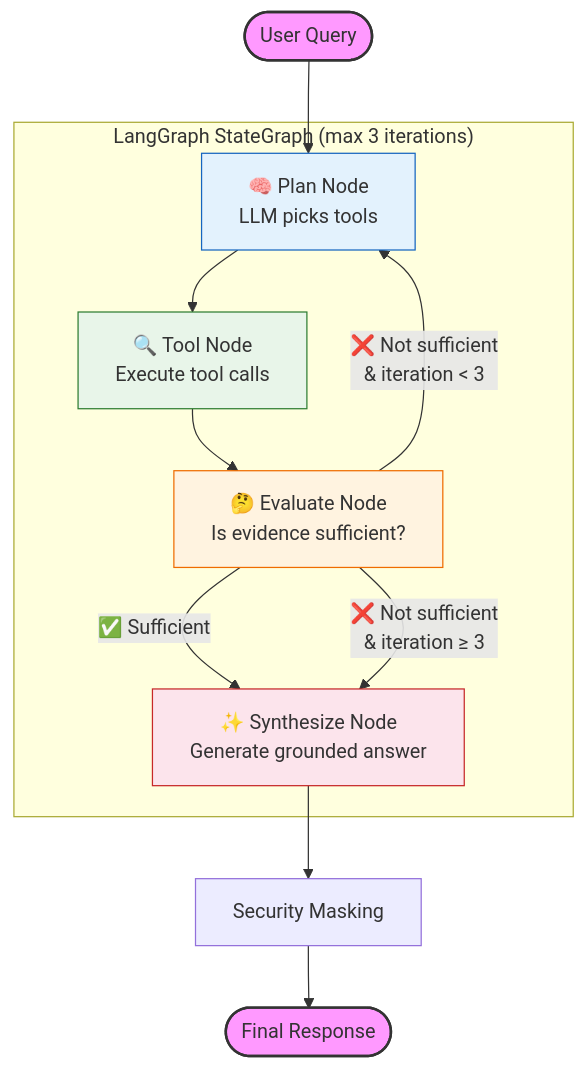
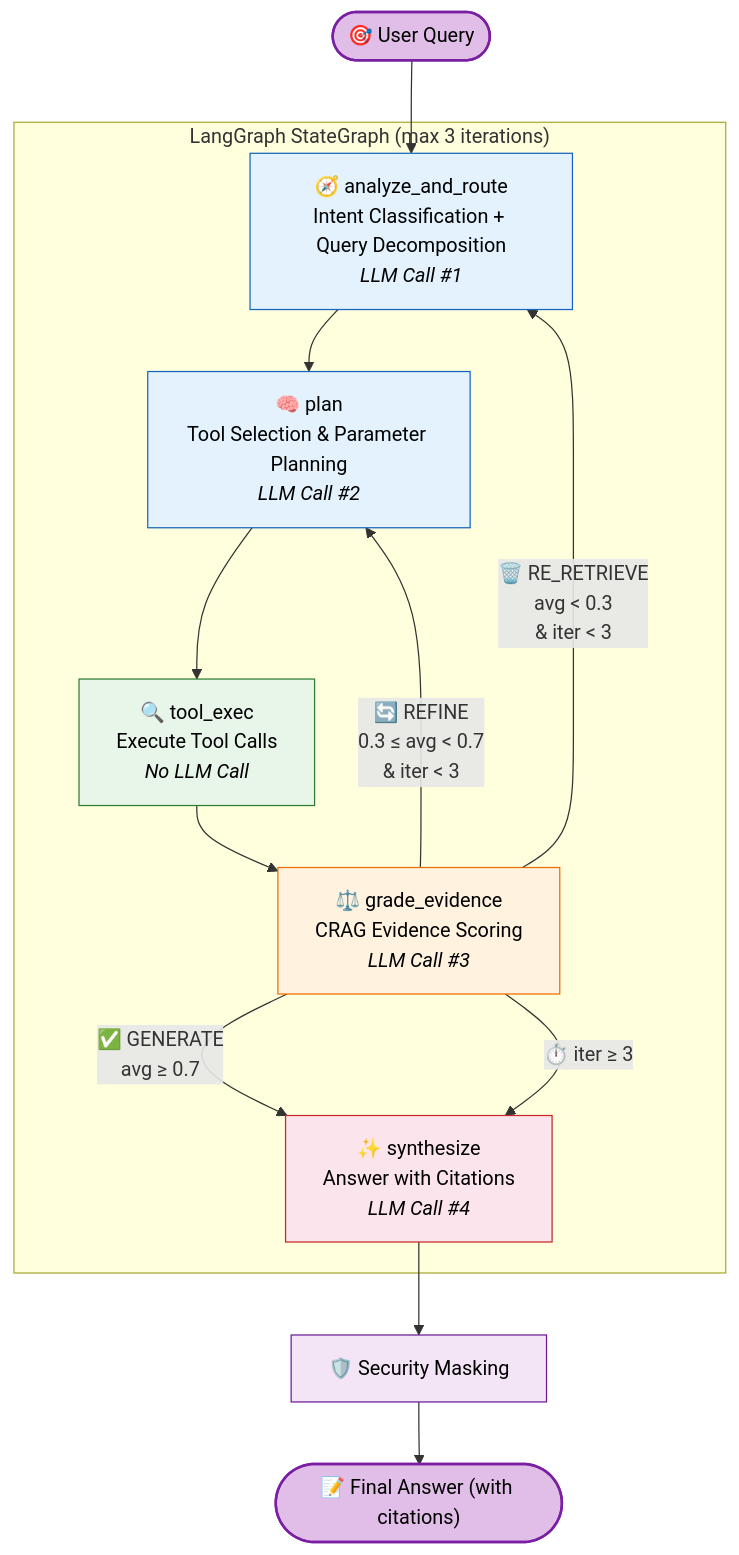
Before and after one commit to coin1860/kb-agent: the diagram in README.md, drawn with Mermaid. The commit also changed other lines of this file and 150 other files, not shown here.

Commit message:
feat: simplify routing flow and relax synthesis rules

````diff
--- a/README.md
+++ b/README.md
@@ -68,22 +77,32 @@
 ```mermaid
 graph TD
-    Start([User Query]) --> Plan
+    Start(["🎯 User Query"]) --> Analyze
 
     subgraph "LangGraph StateGraph (max 3 iterations)"
-        Plan["🧠 Plan Node<br/>LLM picks tools"] --> ToolExec["🔍 Tool Node<br/>Execute tool calls"]
-        ToolExec --> Evaluate["🤔 Evaluate Node<br/>Is evidence sufficient?"]
-        Evaluate -->|"✅ Sufficient"| Synthesize["✨ Synthesize Node<br/>Generate grounded answer"]
-        Evaluate -->|"❌ Not sufficient<br/>& iteration < 3"| Plan
-        Evaluate -->|"❌ Not sufficient<br/>& iteration ≥ 3"| Synthesize
+        Analyze["🧭 analyze_and_route<br/>Intent Classification + Query Decomposition<br/><i>LLM Call #1</i>"]
+        Plan["🧠 plan<br/>Tool Selection & Parameter Planning<br/><i>LLM Call #2</i>"]
+        ToolExec["🔍 tool_exec<br/>Execute Tool Calls<br/><i>No LLM Call</i>"]
+        Grade["⚖️ grade_evidence<br/>CRAG Evidence Scoring<br/><i>LLM Call #3</i>"]
+        Synth["✨ synthesize<br/>Answer with Citations<br/><i>LLM Call #4</i>"]
+
+        Analyze --> Plan
+        Plan --> ToolExec
+        ToolExec --> Grade
+        Grade -->|"✅ GENERATE<br/>avg ≥ 0.7"| Synth
+        Grade -->|"🔄 REFINE<br/>0.3 ≤ avg < 0.7<br/>& iter < 3"| Plan
+        Grade -->|"🗑️ RE_RETRIEVE<br/>avg < 0.3<br/>& iter < 3"| Analyze
+        Grade -->|"⏱️ iter ≥ 3"| Synth
     end
 
-    Synthesize --> Masking[Security Masking]
-    Masking --> End([Final Response])
+    Synth --> Mask["🛡️ Security Masking"]
+    Mask --> End(["📝 Final Answer (with citations)"])
 
-    style Start fill:#f9f,stroke:#333,stroke-width:2px
-    style End fill:#f9f,stroke:#333,stroke-width:2px
-    style Plan fill:#e3f2fd,stroke:#1565c0
-    style ToolExec fill:#e8f5e9,stroke:#2e7d32
-    style Evaluate fill:#fff3e0,stroke:#ef6c00
-    style Synthesize fill:#fce4ec,stroke:#c62828
+    style Start fill:#e1bee7,stroke:#7b1fa2,stroke-width:2px,color:#000
+    style End fill:#e1bee7,stroke:#7b1fa2,stroke-width:2px,color:#000
+    style Analyze fill:#e3f2fd,stroke:#1565c0,color:#000
+    style Plan fill:#e3f2fd,stroke:#1565c0,color:#000
+    style ToolExec fill:#e8f5e9,stroke:#2e7d32,color:#000
+    style Grade fill:#fff3e0,stroke:#ef6c00,color:#000
+    style Synth fill:#fce4ec,stroke:#c62828,color:#000
+    style Mask fill:#f3e5f5,stroke:#6a1b9a,color:#000
 ```
````
